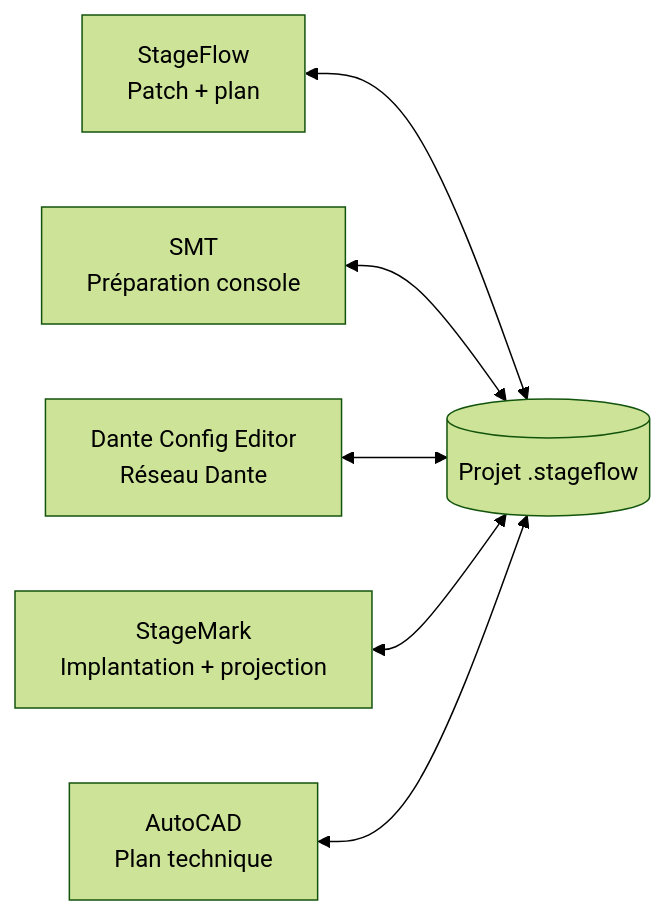
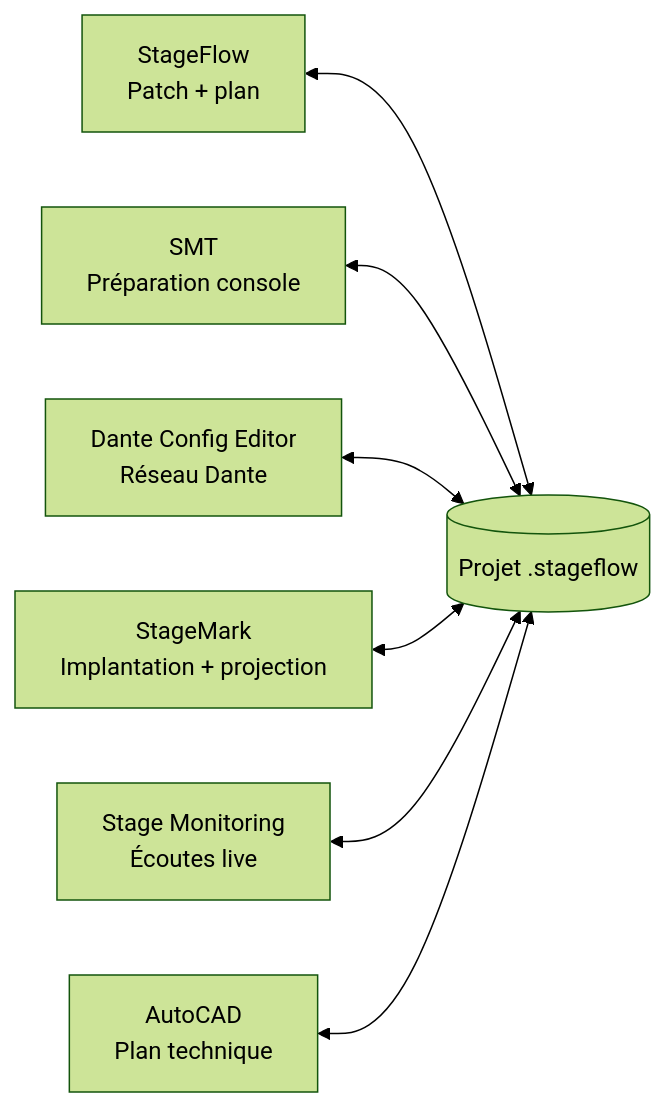
The diagram in README.md (Mamat79/SiLeMIO-StageFlow-Distribution), drawn with Mermaid (forest theme) before and after one commit. The commit also changed other lines of this file and 2 other files, not shown here.

Commit message:
release: StageFlow 2026.2

```diff
--- a/README.md
+++ b/README.md
@@ -96,9 +110,10 @@
 ~~~mermaid
 flowchart LR
     P[("Projet .stageflow")]
     SF["StageFlow<br/>Patch + plan"] <--> P
     SMT["SMT<br/>Préparation console"] <--> P
     DCE["Dante Config Editor<br/>Réseau Dante"] <--> P
     SM["StageMark<br/>Implantation + projection"] <--> P
+    MON["Stage Monitoring<br/>Écoutes live"] <--> P
     CAD["AutoCAD<br/>Plan technique"] <--> P
 ~~~
```
